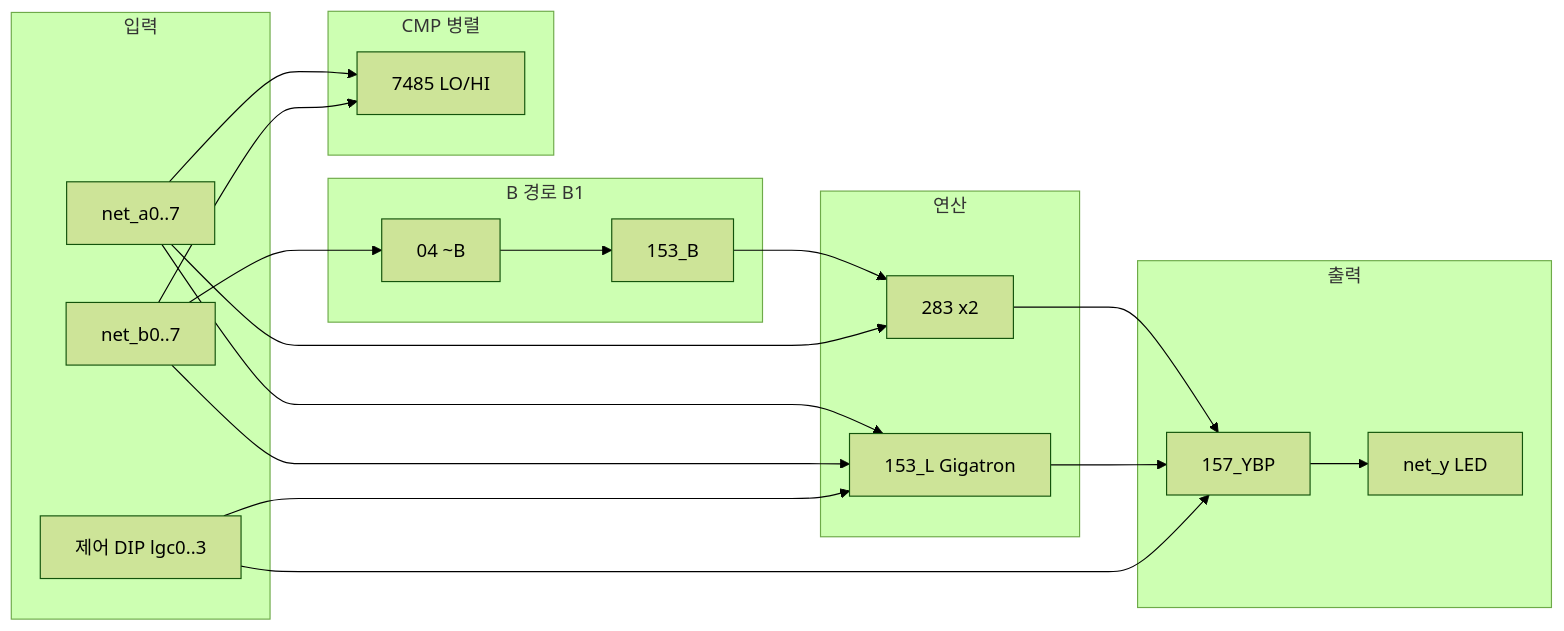
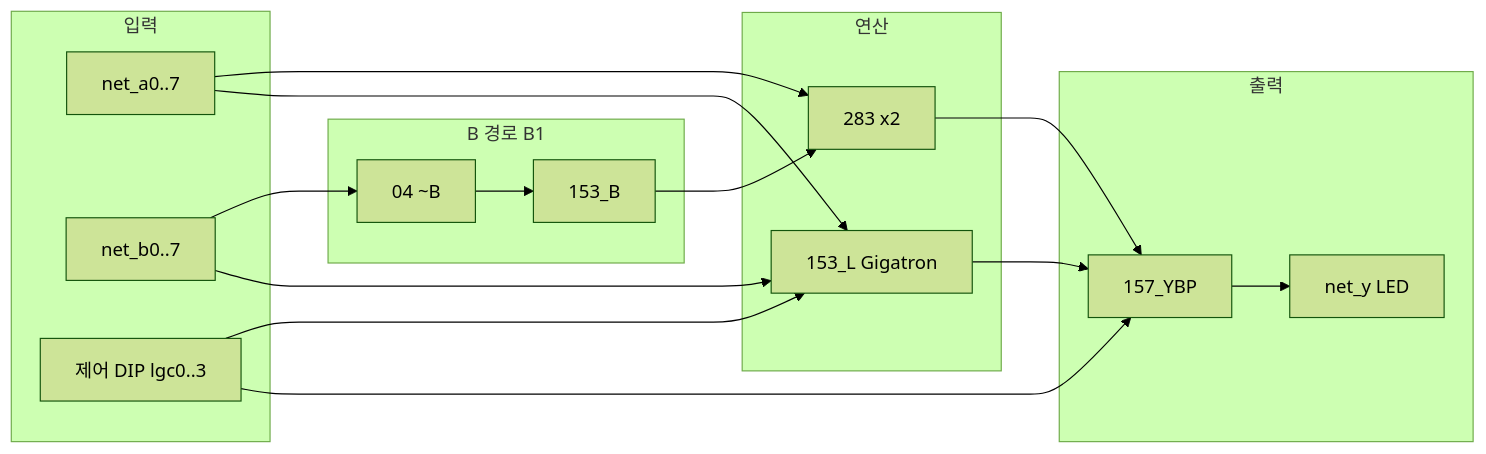
Before and after one commit to Flkalas/plover: the diagram in docs/hw-bringup-alu8-assembly-spec.md, drawn with Mermaid (forest theme). The commit also changed other lines of this file and 17 other files, not shown here.

````diff
--- a/docs/hw-bringup-alu8-assembly-spec.md
+++ b/docs/hw-bringup-alu8-assembly-spec.md
@@ -42,34 +42,29 @@
 ```mermaid
 flowchart LR
   subgraph inputs [입력]
     A[net_a0..7]
     B[net_b0..7]
     CTL[제어 DIP lgc0..3]
   end
   subgraph bpath [B 경로 B1]
     BINV[04 ~B]
     MUXB[153_B]
   end
-  subgraph cmp [CMP 병렬]
-    C85[7485 LO/HI]
-  end
   subgraph core [연산]
     ADD[283 x2]
     LOGIC[153_L Gigatron]
   end
   subgraph out [출력]
     YBP[157_YBP]
     Y[net_y LED]
   end
   B --> BINV --> MUXB --> ADD
-  A --> C85
-  B --> C85
   A --> ADD
   A --> LOGIC
   B --> LOGIC
   CTL --> LOGIC
   ADD --> YBP
   LOGIC --> YBP
   CTL --> YBP
   YBP --> Y
 ```
````
